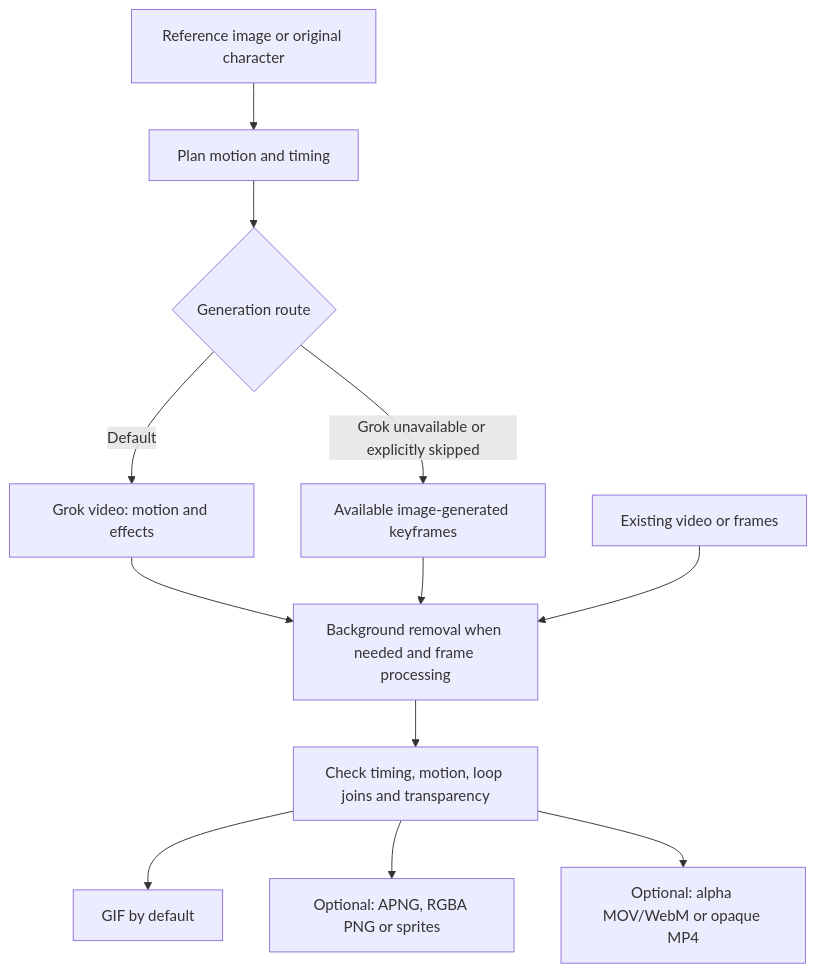
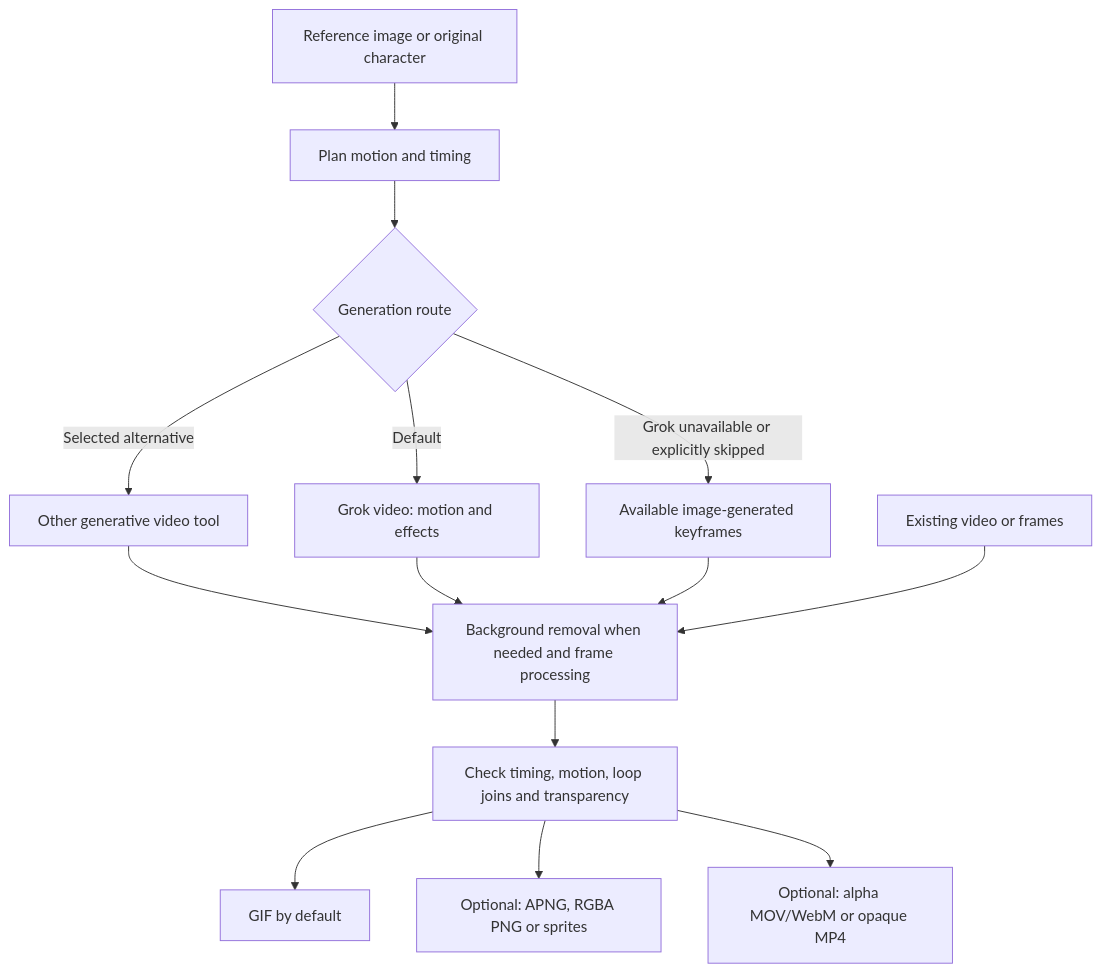
One commit to miles990/video-gif-studio changed the diagram in README.md. Above: the diagram before and after it, drawn with Mermaid. The commit also changed other lines of this file and 1 other file, not shown here.

Commit message:
Document alternative generative video routes in READMEs

````diff
--- a/README.md
+++ b/README.md
@@ -33,14 +33,16 @@
 ```mermaid
 flowchart TD
     A["Reference image or original character"] --> B["Plan motion and timing"]
     B --> C{"Generation route"}
     C -->|"Default"| D["Grok video: motion and effects"]
     C -->|"Grok unavailable or explicitly skipped"| E["Available image-generated keyframes"]
+    C -->|"Selected alternative"| K["Other generative video tool"]
+    K --> F
     D --> F["Background removal when needed and frame processing"]
     E --> F
     V["Existing video or frames"] --> F
     F --> G["Check timing, motion, loop joins and transparency"]
     G --> H["GIF by default"]
     G --> I["Optional: APNG, RGBA PNG or sprites"]
     G --> J["Optional: alpha MOV/WebM or opaque MP4"]
 ```
````
